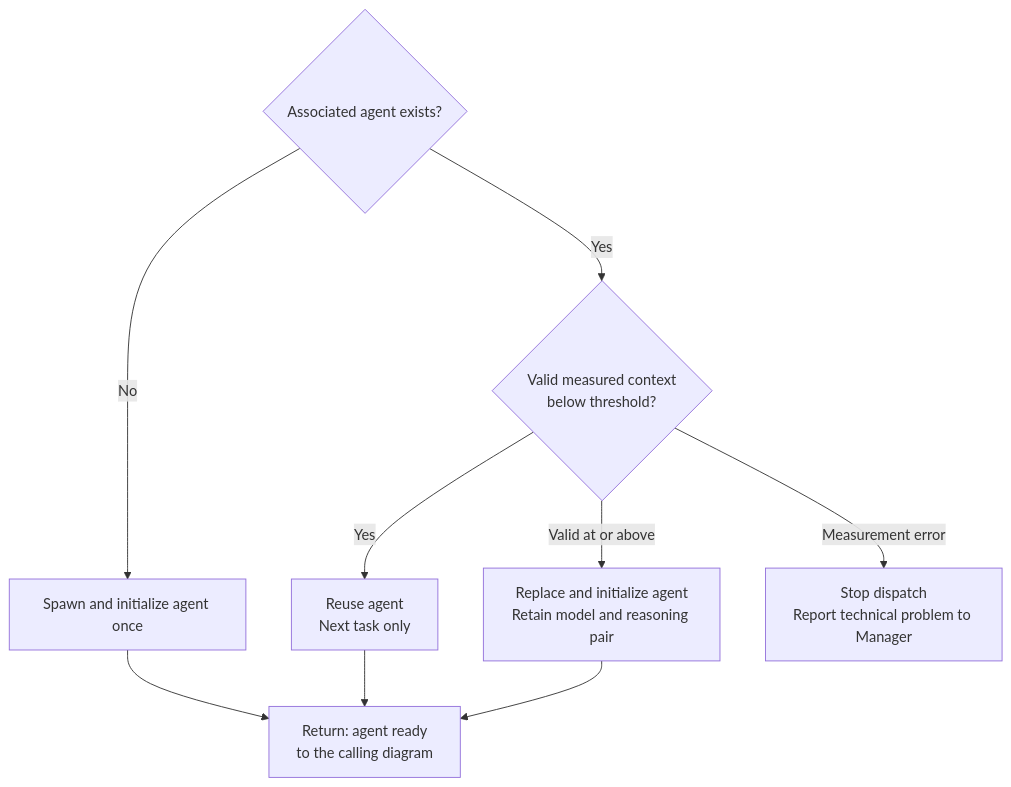
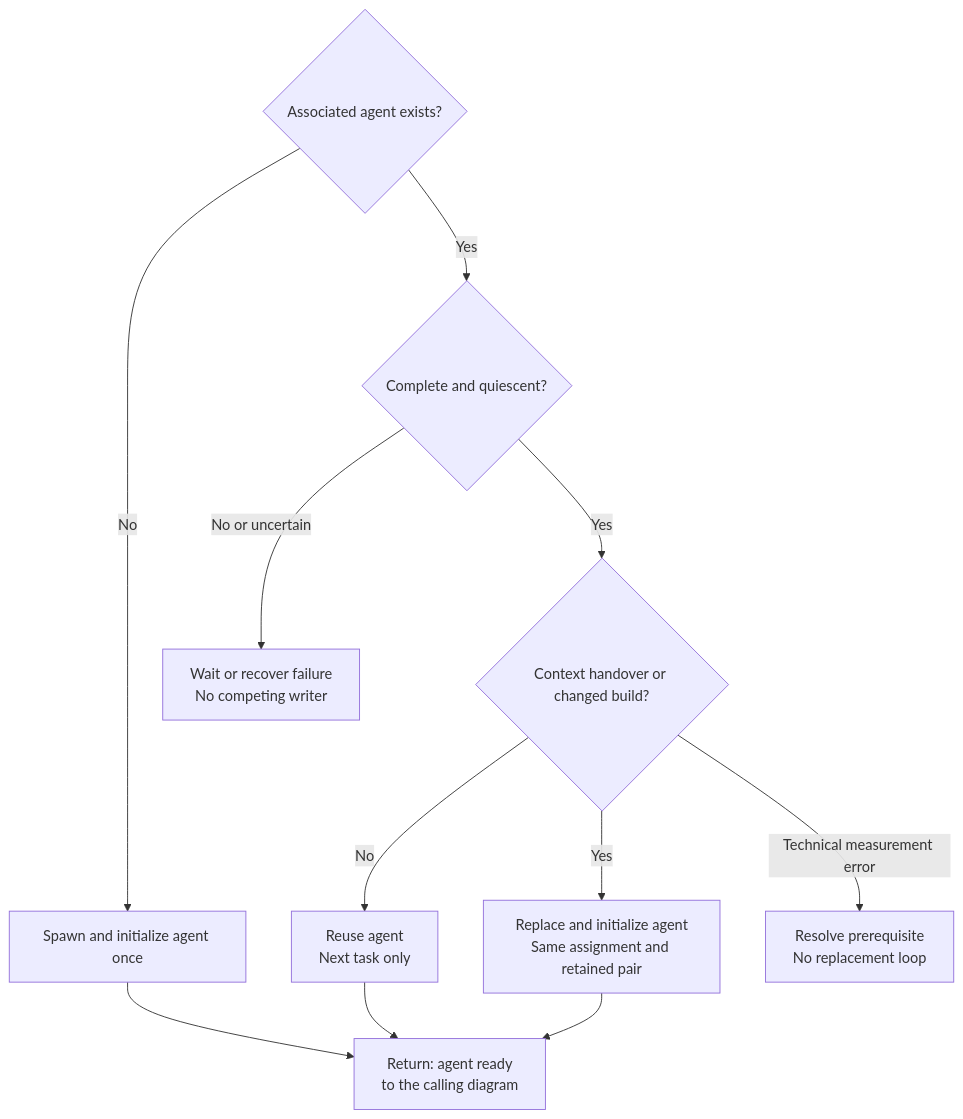
Before and after one commit to benjaminstelzer/scoville-suite-for-codex: the third of 4 diagrams in README.md, drawn with Mermaid. The commit also changed other lines of this file and 23 other files, not shown here.

Commit message:
Check context in subagents and keep same-task handovers safe

````diff
--- a/README.md
+++ b/README.md
@@ -106,11 +111,13 @@
 ```mermaid
 flowchart TD
     E{"Associated agent exists?"} -->|No| NEW["Spawn and initialize agent once"]
-    E -->|Yes| C{"Valid measured context<br/>below threshold?"}
-    C -->|Yes| REUSE["Reuse agent<br/>Next task only"]
-    C -->|Valid at or above| REPLACE["Replace and initialize agent<br/>Retain model and reasoning pair"]
-    C -->|Measurement error| B["Stop dispatch<br/>Report technical problem to Manager"]
+    E -->|Yes| I{"Complete and quiescent?"}
+    I -->|No or uncertain| WAIT["Wait or recover failure<br/>No competing writer"]
+    I -->|Yes| C{"Context handover or changed build?"}
+    C -->|No| REUSE["Reuse agent<br/>Next task only"]
+    C -->|Yes| REPLACE["Replace and initialize agent<br/>Same assignment and retained pair"]
+    C -->|Technical measurement error| B["Resolve prerequisite<br/>No replacement loop"]
     NEW --> READY["Return: agent ready<br/>to the calling diagram"]
     REUSE --> READY
     REPLACE --> READY
 ```
````
